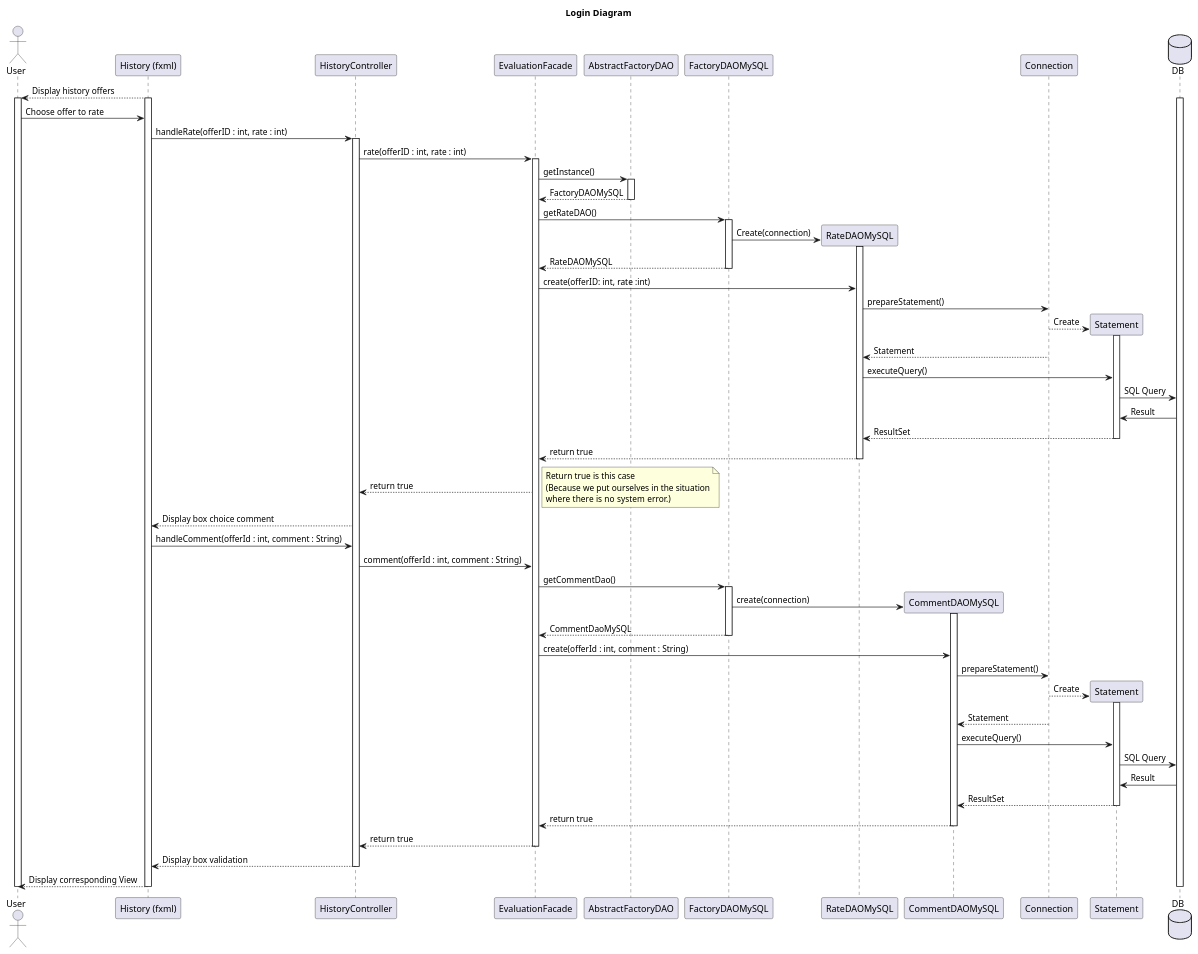
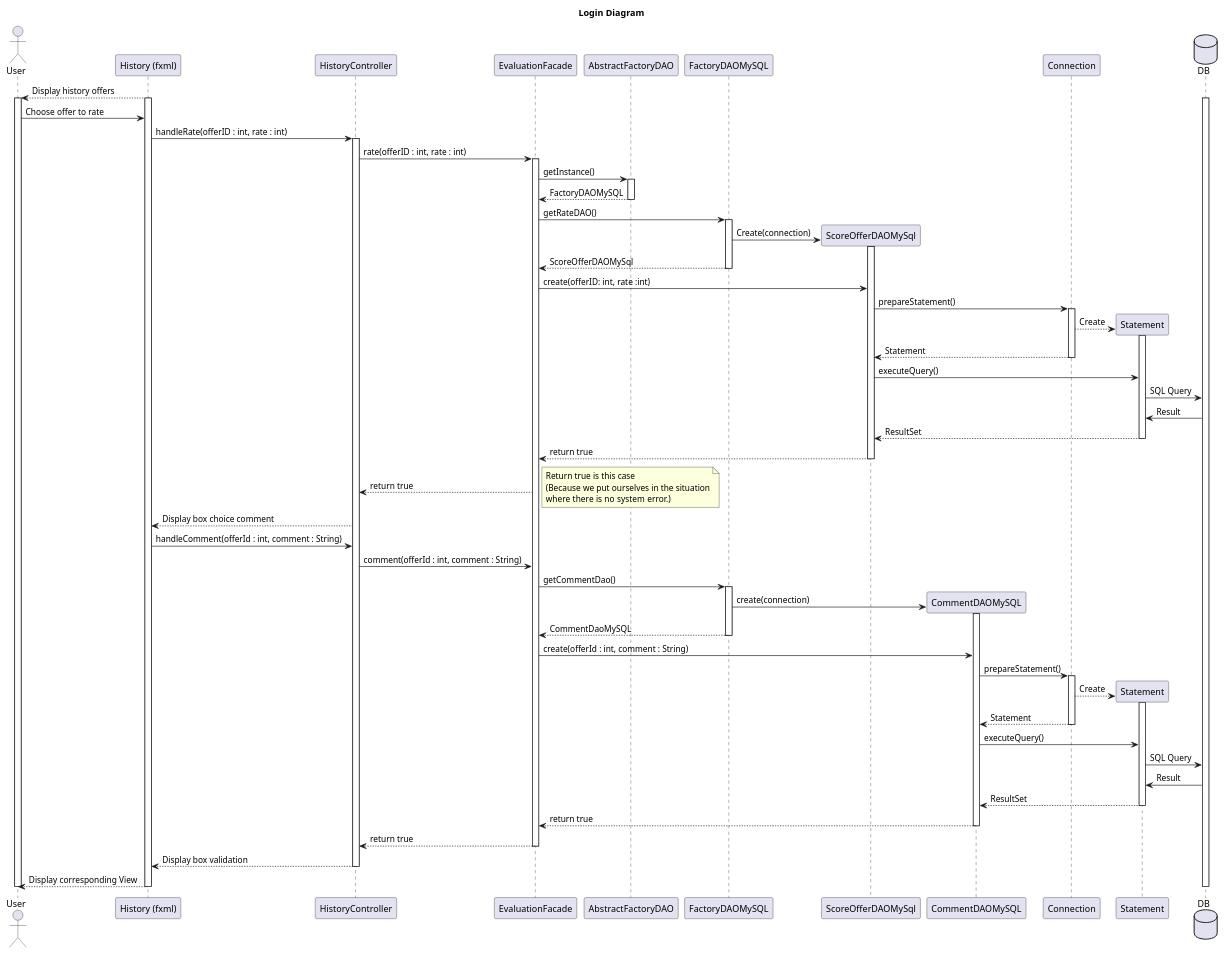
One commit to LaunoisRemy/ToolShare changed the diagram in documents/diagram/evaluation/evaluationSequence.puml. Above: the diagram before and after it, drawn with PlantUML. The commit also changed 1 other file, not shown here.

Commit message:
diagrams Evaluation system
Sequence and class diagram

```diff
--- a/documents/diagram/evaluation/evaluationSequence.puml
+++ b/documents/diagram/evaluation/evaluationSequence.puml
@@ -1,134 +1,136 @@
 @startuml
 title Login Diagram
 
 actor User
 participant "History (fxml)"
 participant HistoryController
 participant EvaluationFacade
 participant AbstractFactoryDAO
 participant FactoryDAOMySQL
-participant RateDAOMySQL
+participant ScoreOfferDAOMySql
 participant CommentDAOMySQL
 participant Connection
 participant Statement
 database DB
 
 
 "History (fxml)"-->User: Display history offers
 
 activate "History (fxml)"
 activate User
 activate DB
 
 
 User->"History (fxml)":Choose offer to rate
 
 "History (fxml)"->HistoryController: handleRate(offerID : int, rate : int)
 
 activate HistoryController
 
 HistoryController->EvaluationFacade: rate(offerID : int, rate : int)
 
 
 
 activate EvaluationFacade
 
 EvaluationFacade->AbstractFactoryDAO:getInstance()
 activate AbstractFactoryDAO
 
 
 AbstractFactoryDAO--> EvaluationFacade : FactoryDAOMySQL
 deactivate AbstractFactoryDAO
 
 EvaluationFacade -> FactoryDAOMySQL:getRateDAO()
 
 activate FactoryDAOMySQL
 
-FactoryDAOMySQL->RateDAOMySQL **:Create(connection)
+FactoryDAOMySQL->ScoreOfferDAOMySql **:Create(connection)
 
-activate RateDAOMySQL
-FactoryDAOMySQL-->EvaluationFacade:RateDAOMySQL
+activate ScoreOfferDAOMySql
+FactoryDAOMySQL-->EvaluationFacade:ScoreOfferDAOMySql
 
 deactivate FactoryDAOMySQL
 
-EvaluationFacade->RateDAOMySQL: create(offerID: int, rate :int)
+EvaluationFacade->ScoreOfferDAOMySql: create(offerID: int, rate :int)
 
-RateDAOMySQL->Connection: prepareStatement()
+ScoreOfferDAOMySql->Connection: prepareStatement()
+activate Connection
 
 Connection-->Statement **: Create
 
 activate Statement
 
-Connection-->RateDAOMySQL: Statement
+Connection-->ScoreOfferDAOMySql: Statement
 
 deactivate Connection
 
-RateDAOMySQL->Statement:executeQuery()
+ScoreOfferDAOMySql->Statement:executeQuery()
 
 Statement->DB: SQL Query
 
 DB->Statement:Result
 
-Statement-->RateDAOMySQL: ResultSet
+Statement-->ScoreOfferDAOMySql: ResultSet
 
 deactivate Statement
 
-RateDAOMySQL-->EvaluationFacade: return true
-deactivate RateDAOMySQL
+ScoreOfferDAOMySql-->EvaluationFacade: return true
+deactivate ScoreOfferDAOMySql
 
 
 EvaluationFacade --> HistoryController : return true
 note right
     Return true is this case
     (Because we put ourselves in the situation
     where there is no system error.)
 end note
 
 
 
 HistoryController-->"History (fxml)": Display box choice comment
 "History (fxml)" -> HistoryController : handleComment(offerId : int, comment : String)
 HistoryController -> EvaluationFacade : comment(offerId : int, comment : String)
 EvaluationFacade -> FactoryDAOMySQL : getCommentDao()
 activate FactoryDAOMySQL
 FactoryDAOMySQL -> CommentDAOMySQL **: create(connection)
 activate CommentDAOMySQL
 FactoryDAOMySQL --> EvaluationFacade : CommentDaoMySQL
 deactivate FactoryDAOMySQL
 EvaluationFacade -> CommentDAOMySQL : create(offerId : int, comment : String)
 
 CommentDAOMySQL->Connection: prepareStatement()
+activate Connection
 
 Connection-->Statement **: Create
 
 activate Statement
 
 Connection-->CommentDAOMySQL: Statement
 
 deactivate Connection
 
 CommentDAOMySQL->Statement:executeQuery()
 
 Statement->DB: SQL Query
 
 DB->Statement:Result
 
 Statement-->CommentDAOMySQL: ResultSet
 
 deactivate Statement
 CommentDAOMySQL --> EvaluationFacade : return true
 deactivate CommentDAOMySQL
 EvaluationFacade --> HistoryController : return true
 deactivate EvaluationFacade
 HistoryController --> "History (fxml)" : Display box validation
 
 deactivate EvaluationFacade
 
 deactivate HistoryController
 
 "History (fxml)"-->User: Display corresponding View
 deactivate "History (fxml)"
 deactivate DB
 deactivate User
 
 @enduml
```
